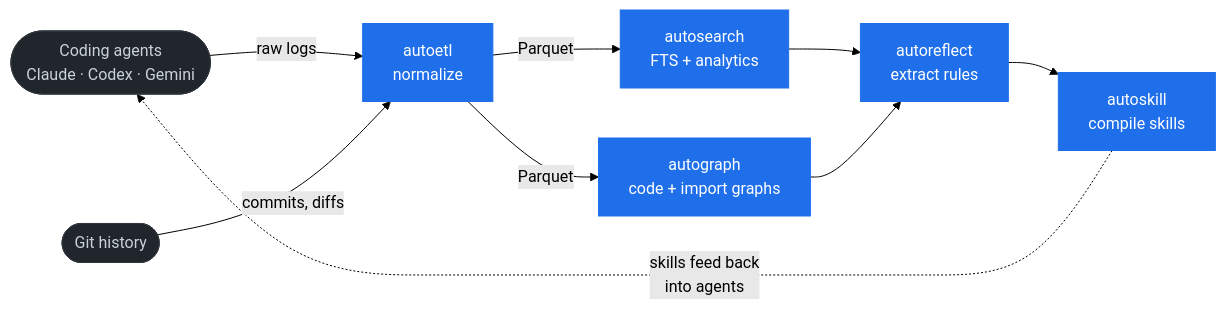
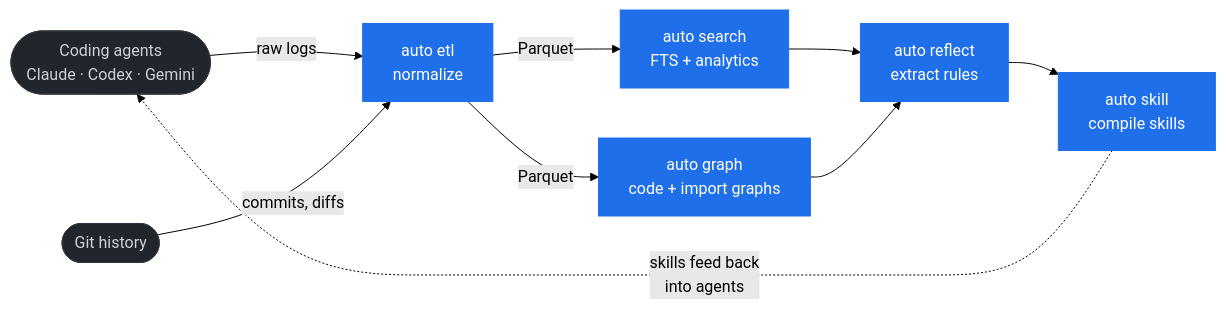
The first of 2 diagrams in README.md (mistakenot/auto-stack), drawn with Mermaid (forest theme) before and after one commit. The commit also changed other lines of this file and 20 other files, not shown here.

First line of the commit message:
docs(017): phase 5 - sweep README/CLAUDE.md/docs/skills to auto <tool>

````diff
--- a/README.md
+++ b/README.md
@@ -7,16 +7,16 @@
 ```mermaid
 flowchart LR
-    Agents([Coding agents<br/>Claude · Codex · Gemini]) -->|raw logs| ETL[autoetl<br/>normalize]
+    Agents([Coding agents<br/>Claude · Codex · Gemini]) -->|raw logs| ETL[auto etl<br/>normalize]
     Git([Git history]) -->|commits, diffs| ETL
-    ETL -->|Parquet| Search[autosearch<br/>FTS + analytics]
-    ETL -->|Parquet| Graph[autograph<br/>code + import graphs]
-    Search --> Reflect[autoreflect<br/>extract rules]
+    ETL -->|Parquet| Search[auto search<br/>FTS + analytics]
+    ETL -->|Parquet| Graph[auto graph<br/>code + import graphs]
+    Search --> Reflect[auto reflect<br/>extract rules]
     Graph --> Reflect
-    Reflect --> Skill[autoskill<br/>compile skills]
+    Reflect --> Skill[auto skill<br/>compile skills]
     Skill -.->|skills feed back<br/>into agents| Agents
 
     classDef active fill:#1f6feb,stroke:#1f6feb,color:#fff;
     classDef io fill:#21262d,stroke:#30363d,color:#c9d1d9;
     class ETL,Search,Graph,Reflect,Skill active;
     class Agents,Git io;
 ```
````
